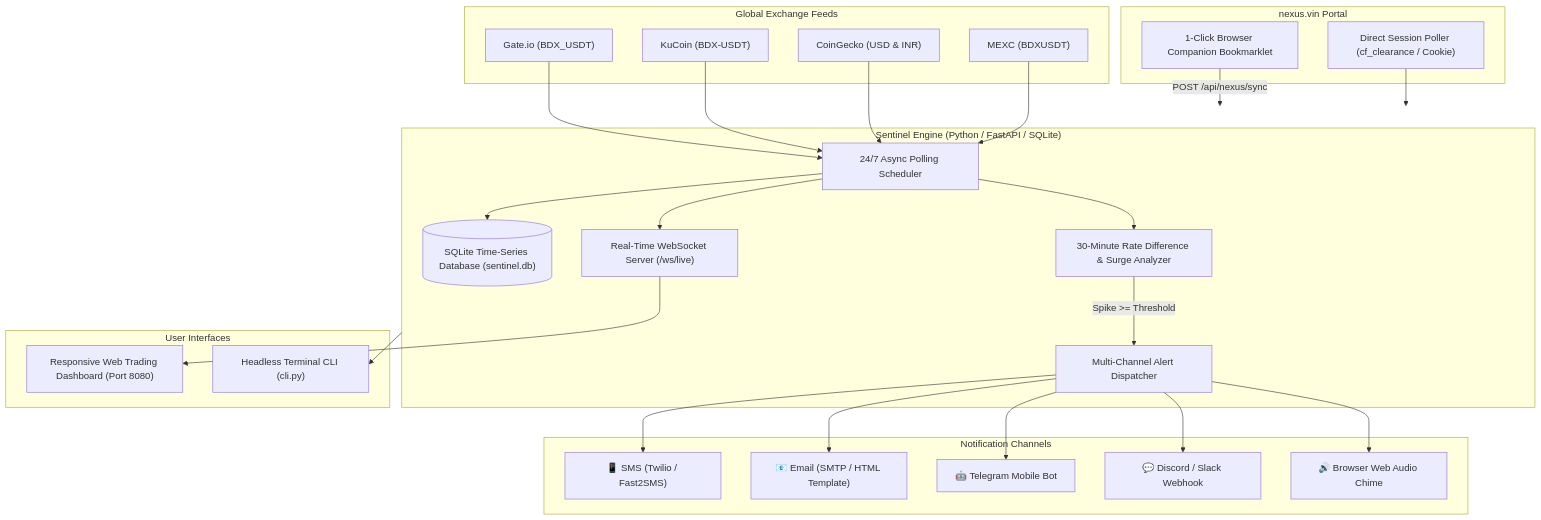
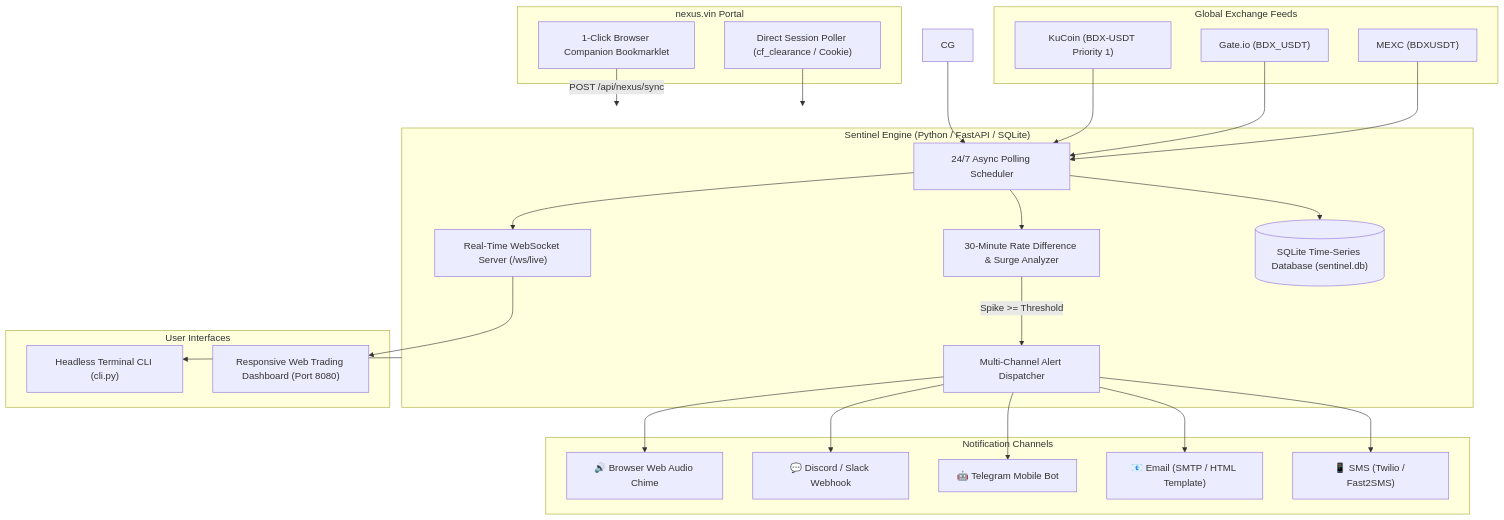
Before and after one commit to Nishanth2312/beldex-nexus-rate-sentinel: the diagram in README.md, drawn with Mermaid. The commit also changed other lines of this file and 7 other files, not shown here.

````diff
--- a/README.md
+++ b/README.md
@@ -53,55 +53,54 @@
 ```mermaid
 flowchart TD
     subgraph Market_Feeds ["Global Exchange Feeds"]
+        KC["KuCoin (BDX-USDT Priority 1)"]
         GK["Gate.io (BDX_USDT)"]
-        KC["KuCoin (BDX-USDT)"]
-        CG["CoinGecko (USD & INR)"]
         MX["MEXC (BDXUSDT)"]
     end
 
     subgraph Nexus_Vin ["nexus.vin Portal"]
         CB["1-Click Browser Companion Bookmarklet"]
         DS["Direct Session Poller (cf_clearance / Cookie)"]
     end
 
     subgraph Sentinel_Core ["Sentinel Engine (Python / FastAPI / SQLite)"]
         SCHED["24/7 Async Polling Scheduler"]
         DB[("SQLite Time-Series Database (sentinel.db)")]
         ANA["30-Minute Rate Difference & Surge Analyzer"]
         NOTIF["Multi-Channel Alert Dispatcher"]
         WS["Real-Time WebSocket Server (/ws/live)"]
     end
 
     subgraph User_Alerts ["Notification Channels"]
         SMS["📱 SMS (Twilio / Fast2SMS)"]
         MAIL["📧 Email (SMTP / HTML Template)"]
         TG["🤖 Telegram Mobile Bot"]
         DC["💬 Discord / Slack Webhook"]
         AUD["🔊 Browser Web Audio Chime"]
     end
 
     subgraph UI ["User Interfaces"]
         DASH["Responsive Web Trading Dashboard (Port 8080)"]
         CLI["Headless Terminal CLI (cli.py)"]
     end
 
     GK --> SCHED
     KC --> SCHED
     CG --> SCHED
     MX --> SCHED
     CB -->|POST /api/nexus/sync| Sentinel_Core
     DS --> Sentinel_Core
 
     SCHED --> DB
     SCHED --> ANA
     ANA -->|Spike >= Threshold| NOTIF
     NOTIF --> SMS
     NOTIF --> MAIL
     NOTIF --> TG
     NOTIF --> DC
     NOTIF --> AUD
 
     SCHED --> WS
     WS --> DASH
     Sentinel_Core --> CLI
 ```
````
